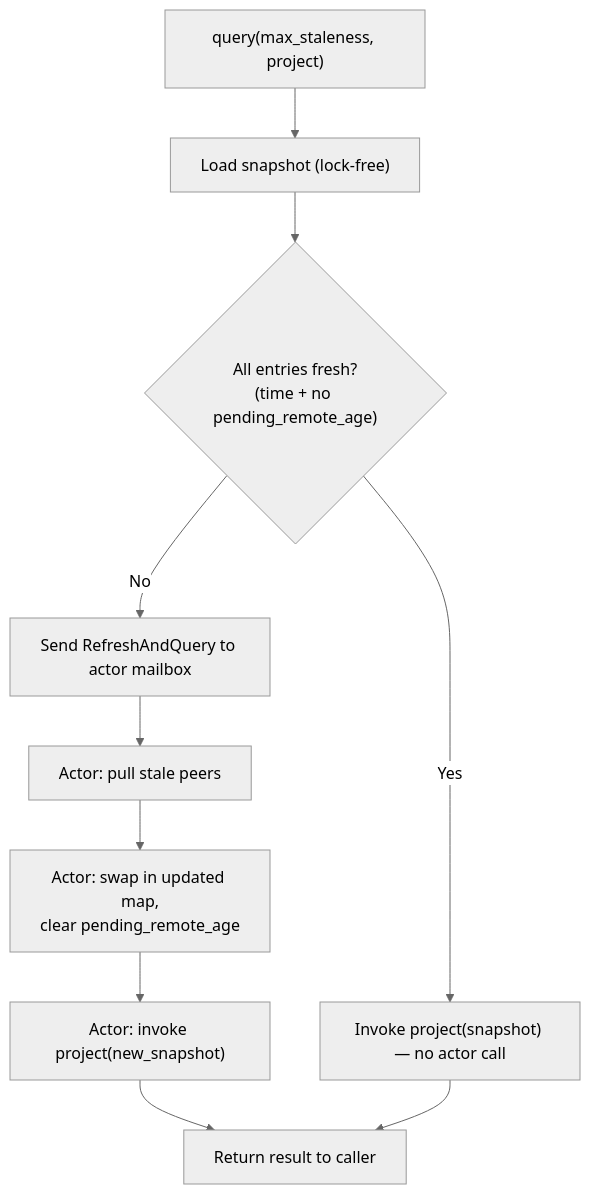
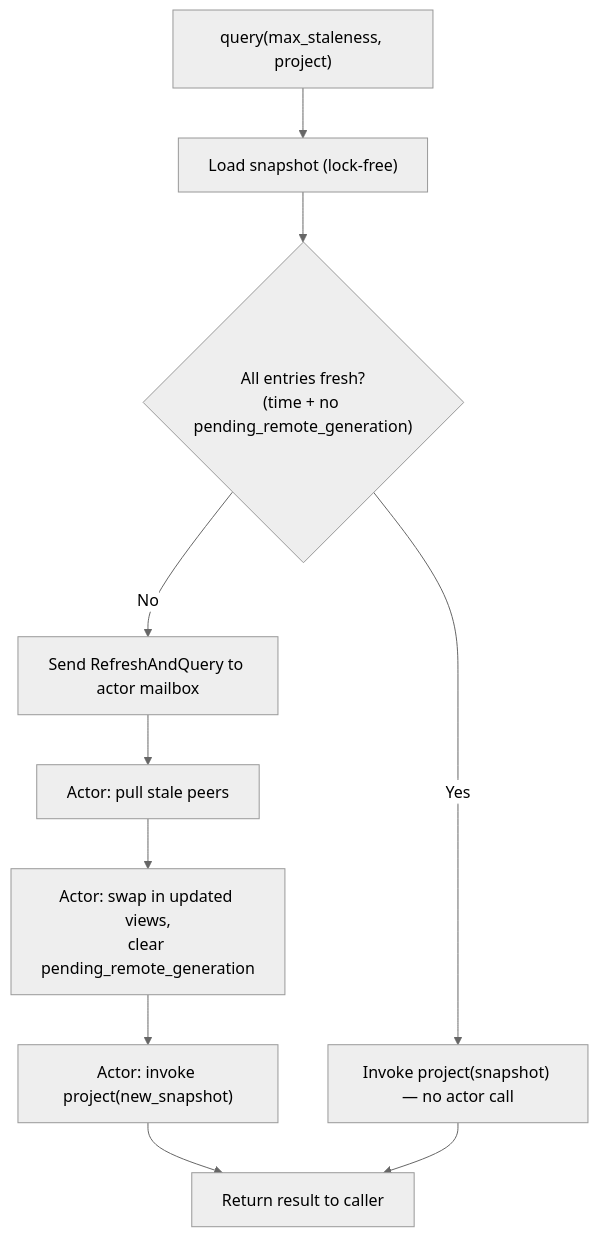
One commit to Yaming-Hub/dstate changed the fourth of 22 diagrams in docs/distributed-state-design.md. Above: the diagram before and after it, drawn with Mermaid (neutral theme). The commit also changed other lines of this file and 3 other files, not shown here.

First line of the commit message:
docs: update design docs for Generation, ViewMap, and simplified delta API

````diff
--- a/docs/distributed-state-design.md
+++ b/docs/distributed-state-design.md
@@ -342,12 +382,12 @@
 ```mermaid
 flowchart TD
     Query["query(max_staleness, project)"] --> Load["Load snapshot (lock-free)"]
-    Load --> Check{"All entries fresh?<br/>(time + no pending_remote_age)"}
+    Load --> Check{"All entries fresh?<br/>(time + no pending_remote_generation)"}
     Check -->|Yes| Fast["Invoke project(snapshot) — no actor call"]
     Check -->|No| Slow["Send RefreshAndQuery to actor mailbox"]
     Slow --> Pull["Actor: pull stale peers"]
-    Pull --> Swap["Actor: swap in updated map,<br/>clear pending_remote_age"]
+    Pull --> Swap["Actor: swap in updated views,<br/>clear pending_remote_generation"]
     Swap --> Project["Actor: invoke project(new_snapshot)"]
     Project --> Return["Return result to caller"]
     Fast --> Return
 ```
````
